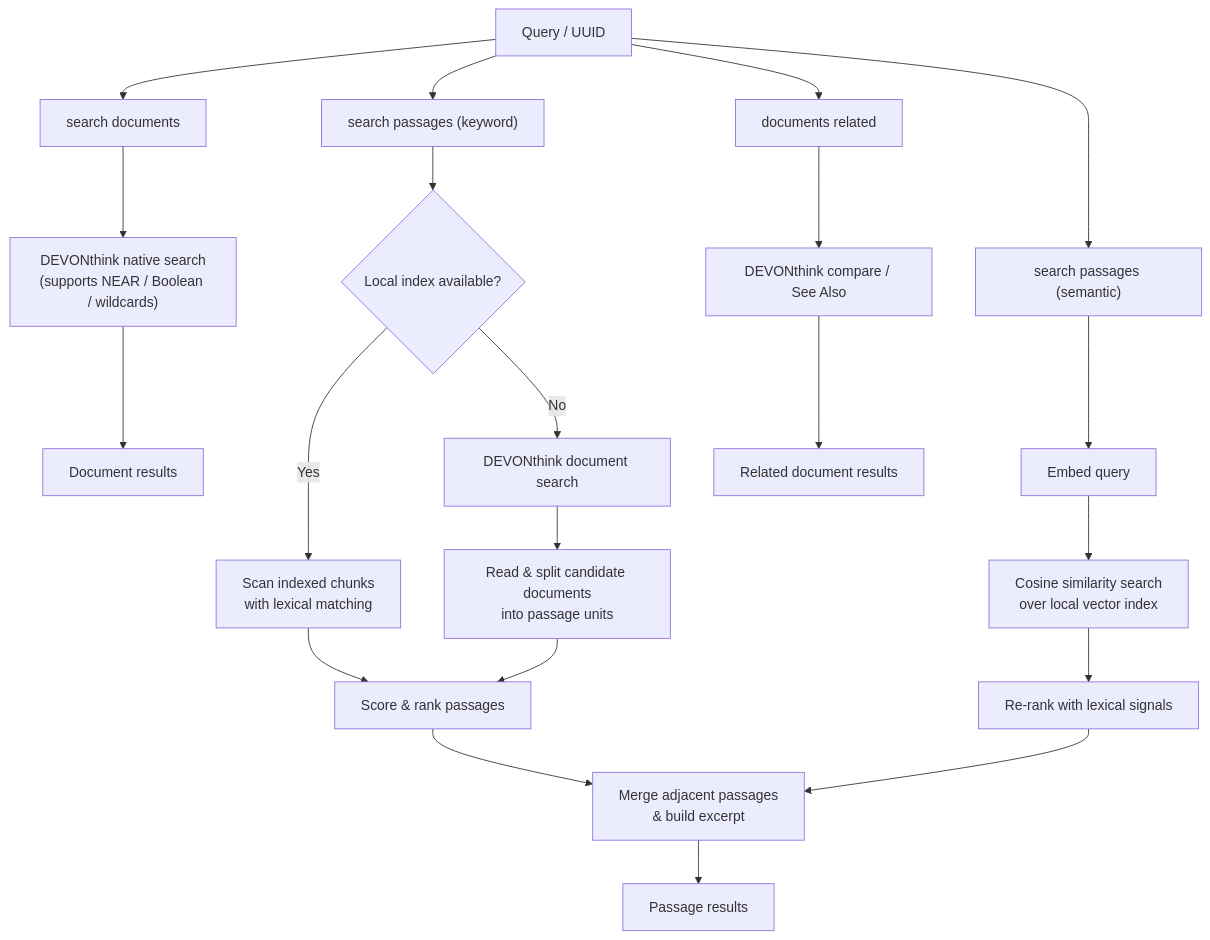
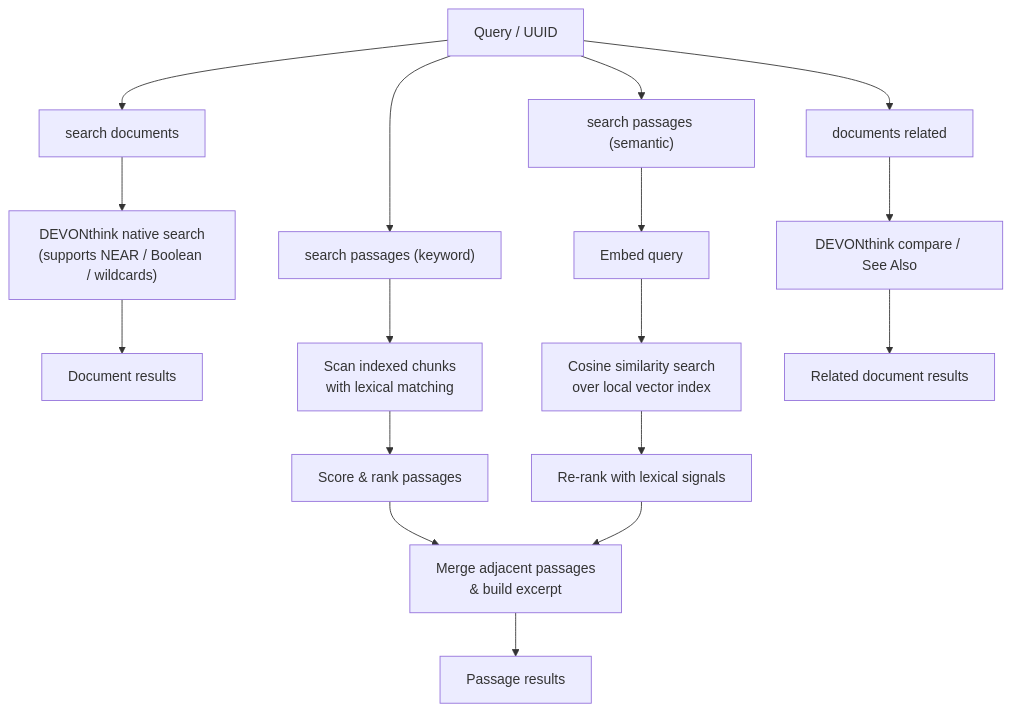
Before and after one commit to TomBener/dtx: the diagram in README.md, drawn with Mermaid. The commit also changed other lines of this file, not shown here.

First line of the commit message:
Update README to reflect two-path search architecture

````diff
--- a/README.md
+++ b/README.md
@@ -100,27 +104,23 @@
 ```mermaid
 flowchart TD
     Q["Query / UUID"] --> D["search documents"]
     D --> D1["DEVONthink native search\n(supports NEAR / Boolean / wildcards)"]
     D1 --> D2["Document results"]
 
     Q --> PK["search passages (keyword)"]
-    PK --> PK1{"Local index available?"}
-    PK1 -->|Yes| PK2["Scan indexed chunks\nwith lexical matching"]
-    PK1 -->|No| PK3["DEVONthink document search"]
-    PK3 --> PK4["Read & split candidate documents\ninto passage units"]
+    PK --> PK2["Scan indexed chunks\nwith lexical matching"]
     PK2 --> PK5["Score & rank passages"]
-    PK4 --> PK5
     PK5 --> PP
 
     Q --> PS["search passages (semantic)"]
     PS --> PS1["Embed query"]
     PS1 --> PS2["Cosine similarity search\nover local vector index"]
     PS2 --> PS3["Re-rank with lexical signals"]
     PS3 --> PP
 
     PP["Merge adjacent passages\n& build excerpt"] --> PR["Passage results"]
 
     Q --> R["documents related"]
     R --> R1["DEVONthink compare / See Also"]
     R1 --> R2["Related document results"]
 ```
````
